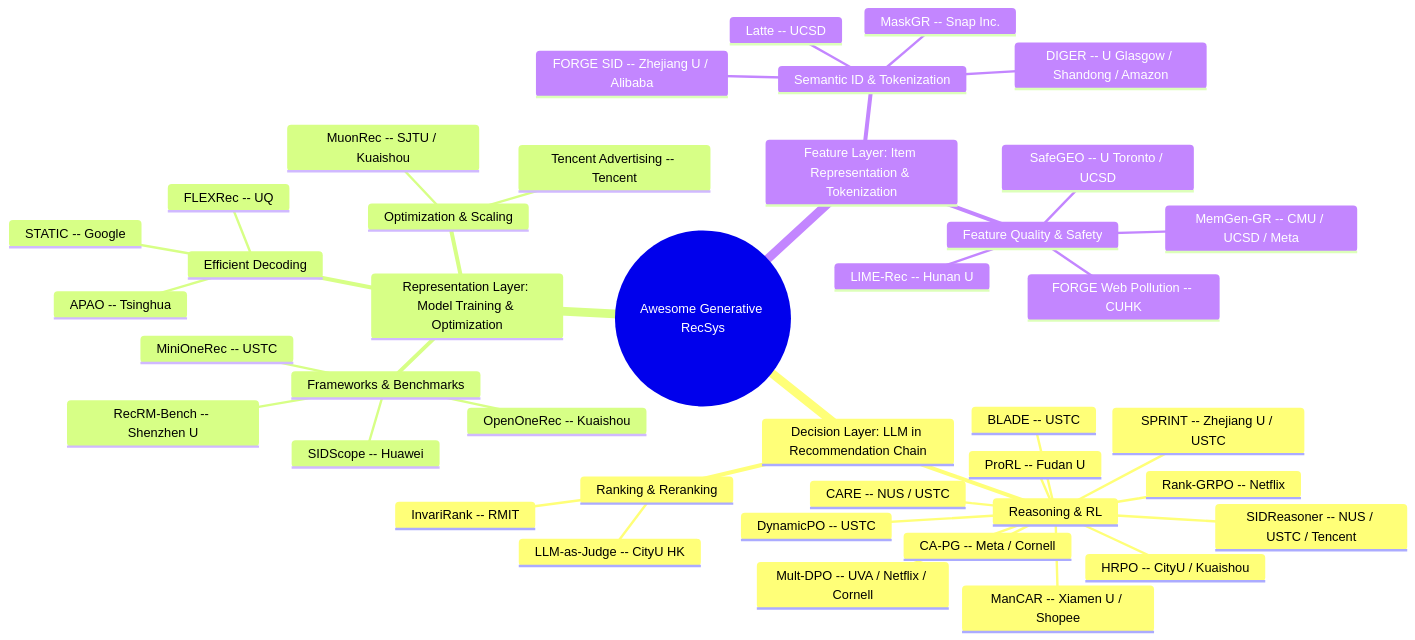
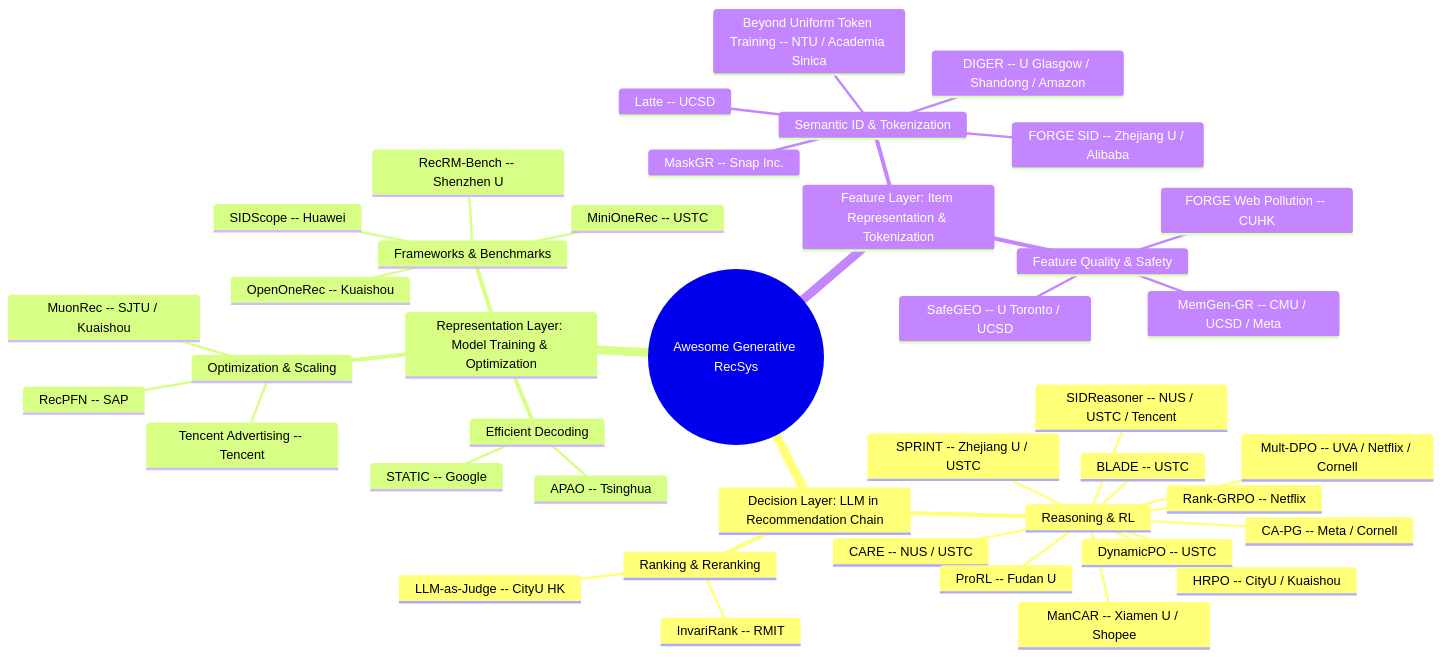
Before and after one commit to HaFred/awesome-generative-recsys: the diagram in README.md, drawn with Mermaid. The commit also changed other lines of this file and 2 other files, not shown here.

````diff
--- a/README.md
+++ b/README.md
@@ -28,44 +28,44 @@
 ```mermaid
 mindmap
   root((Awesome Generative RecSys))
     Decision Layer: LLM in Recommendation Chain
       Reasoning & RL
         Rank-GRPO -- Netflix
         DynamicPO -- USTC
         BLADE -- USTC
         SPRINT -- Zhejiang U / USTC
         CARE -- NUS / USTC
         HRPO -- CityU / Kuaishou
         Mult-DPO -- UVA / Netflix / Cornell
         CA-PG -- Meta / Cornell
         ProRL -- Fudan U
         ManCAR -- Xiamen U / Shopee
         SIDReasoner -- NUS / USTC / Tencent
       Ranking & Reranking
         InvariRank -- RMIT
         LLM-as-Judge -- CityU HK
     Representation Layer: Model Training & Optimization
       Frameworks & Benchmarks
         MiniOneRec -- USTC
         OpenOneRec -- Kuaishou
         RecRM-Bench -- Shenzhen U
         SIDScope -- Huawei
       Efficient Decoding
         STATIC -- Google
         APAO -- Tsinghua
-        FLEXRec -- UQ
       Optimization & Scaling
         MuonRec -- SJTU / Kuaishou
         Tencent Advertising -- Tencent
+        RecPFN -- SAP
     Feature Layer: Item Representation & Tokenization
       Semantic ID & Tokenization
         Latte -- UCSD
         FORGE SID -- Zhejiang U / Alibaba
         DIGER -- U Glasgow / Shandong / Amazon
         MaskGR -- Snap Inc.
+        Beyond Uniform Token Training -- NTU / Academia Sinica
       Feature Quality & Safety
         SafeGEO -- U Toronto / UCSD
         MemGen-GR -- CMU / UCSD / Meta
         FORGE Web Pollution -- CUHK
-        LIME-Rec -- Hunan U
 ```
````
